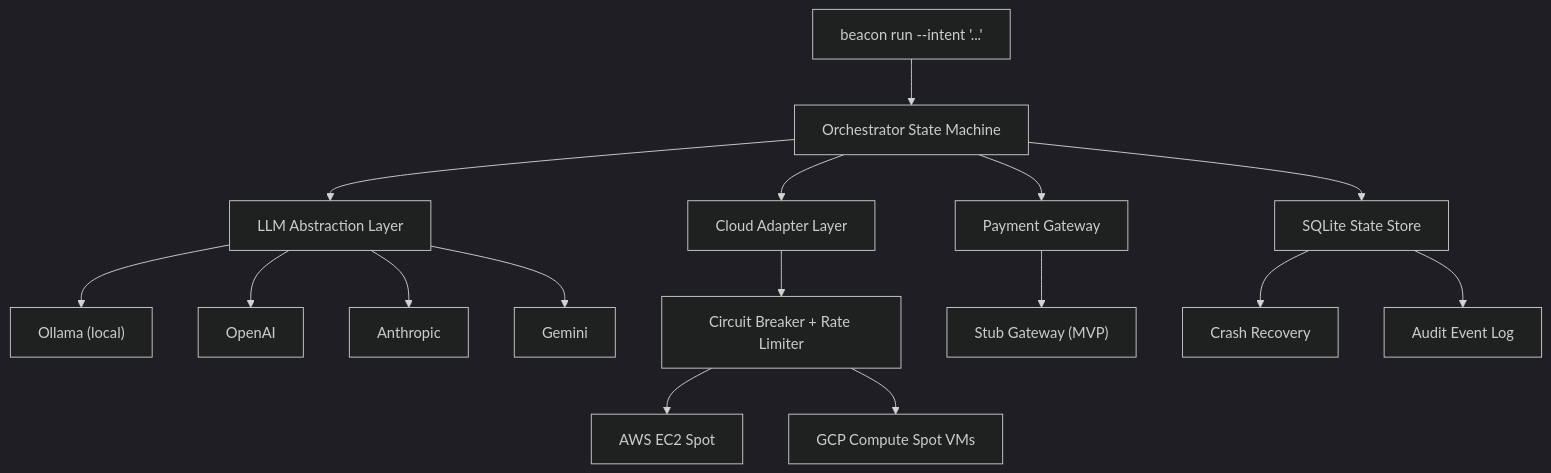
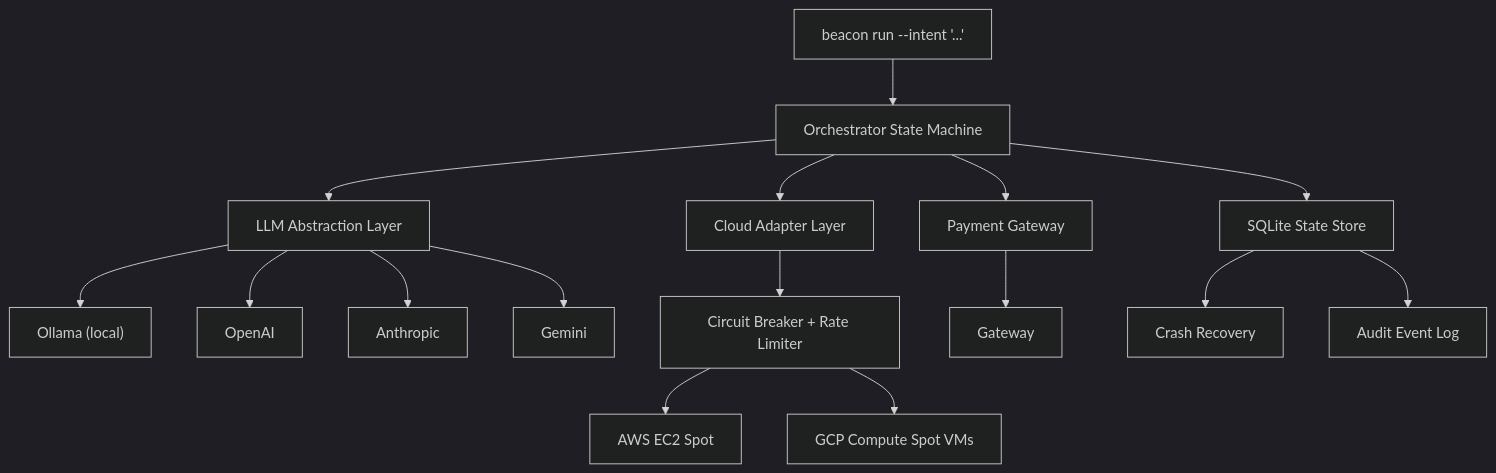
One commit to lollapalooza-ai/beacon changed the third of 3 diagrams in README.md. Above: the diagram before and after it, drawn with Mermaid (dark theme). The commit also changed other lines of this file and 4 other files, not shown here.

````diff
--- a/README.md
+++ b/README.md
@@ -144,24 +144,24 @@
 ```mermaid
 flowchart TD
     CLI["beacon run --intent '...'"]
     CLI --> Orch["Orchestrator State Machine"]
 
     Orch --> LLM["LLM Abstraction Layer"]
     Orch --> Cloud["Cloud Adapter Layer"]
     Orch --> Pay["Payment Gateway"]
     Orch --> Store["SQLite State Store"]
 
     LLM --> Ollama["Ollama (local)"]
     LLM --> OpenAI["OpenAI"]
     LLM --> Anthropic["Anthropic"]
     LLM --> Gemini["Gemini"]
 
     Cloud --> CB["Circuit Breaker + Rate Limiter"]
     CB --> AWS["AWS EC2 Spot"]
     CB --> GCP["GCP Compute Spot VMs"]
 
-    Pay --> Stub["Stub Gateway (MVP)"]
+    Pay --> Gateway["Gateway"]
 
     Store --> Recovery["Crash Recovery"]
     Store --> Events["Audit Event Log"]
 ```
````
